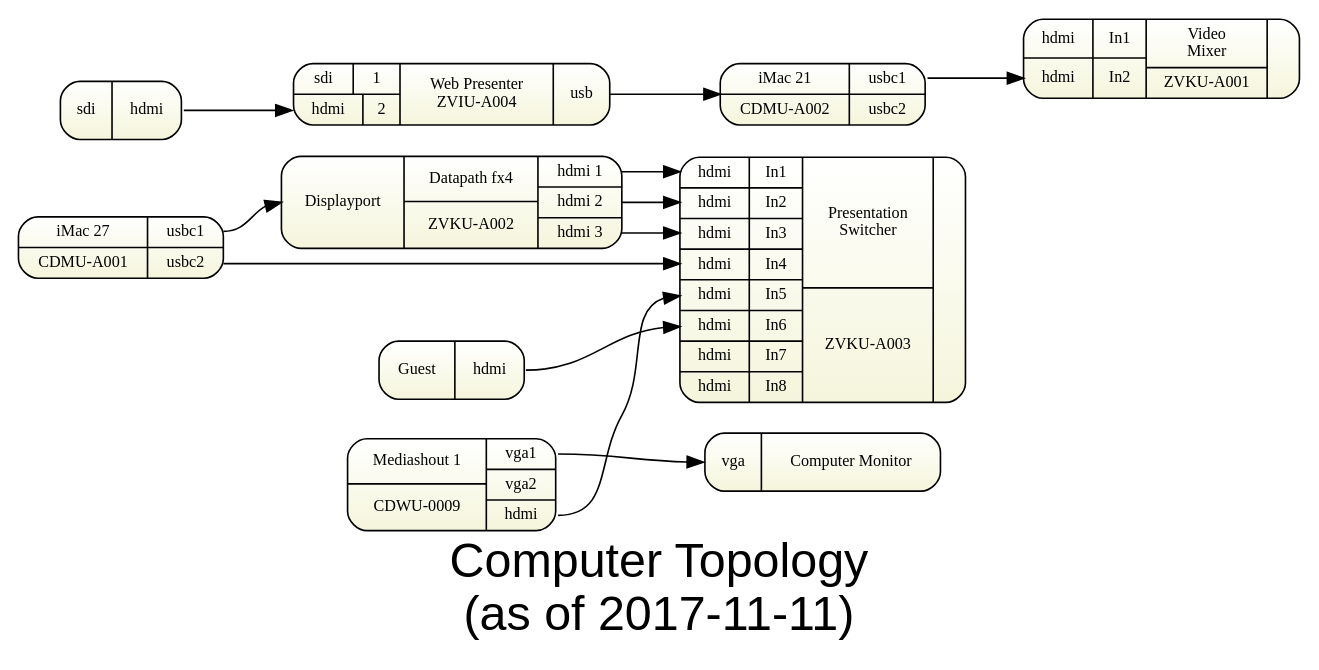
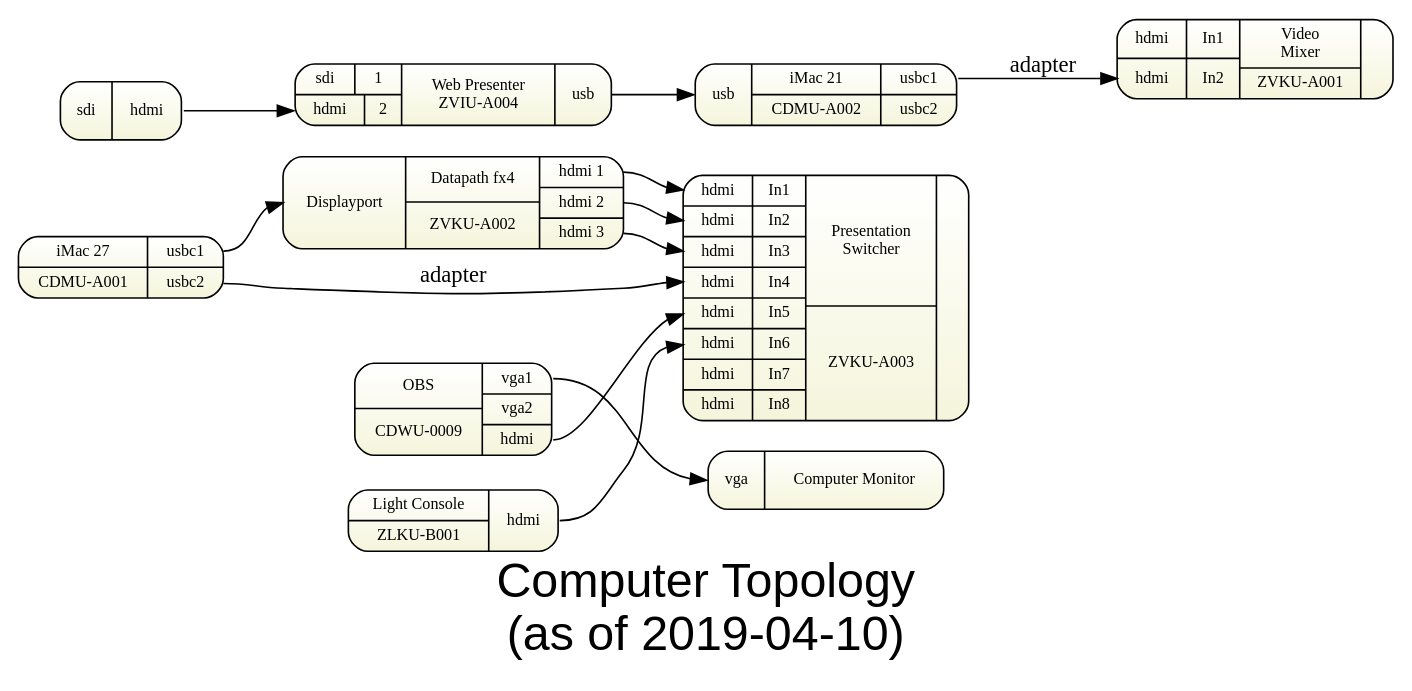
The diagram in sdv-topology1-computer.gv (avmaint/uactechdoc), drawn with Graphviz before and after one commit. The commit also changed 3 other files, not shown here.

```diff
--- a/sdv-topology1-computer.gv
+++ b/sdv-topology1-computer.gv
@@ -1,49 +1,49 @@
 digraph topology1 { 
 graph [overlap = true, fontsize = 30, rankdir=LR 
-      label="Computer Topology\n(as of 2017-11-11)",
+      label="Computer Topology\n(as of 2019-04-10)",
       fontname = Helvetica]
 
 node [shape=Mrecord, tooltip="" , fontsize = 10, 
       fillcolor="white:beige" , style=filled  
       gradientangle=270]
       
 pswitch [label="{
   {{<i1>hdmi|In1}|{<i2>hdmi|In2}|{<i3>hdmi|In3}|{<i4>hdmi|In4}|{<i5>hdmi|In5}|{<i6>hdmi|In6}|{<i7>hdmi|In7}|{<i8>hdmi|In8}}
   |{Presentation\nSwitcher|ZVKU-A003}|
   {  } }"]
   
 rswitch [label="{
   {{<i1>hdmi|In1}|{<i2>hdmi|In2} }
   |{Video\nMixer|ZVKU-A001}|
     }"]  
     
-cdwu0009 [label="{{Mediashout 1|CDWU-0009}|{<vga1>vga1|<vga2>vga2|<hdmi>hdmi}}"]
+cdwu0009 [label="{{OBS|CDWU-0009}|{<vga1>vga1|<vga2>vga2|<hdmi>hdmi}}"]
 cdmua001 [label="{{iMac 27|CDMU-A001}|{<usbc1>usbc1|<usbc2>usbc2}}"]
-cdmua002 [label="{{iMac 21|CDMU-A002}|{<usbc1>usbc1|<usbc2>usbc2}}"]
+cdmua002 [label="{{<usbin>usb}|{iMac 21|CDMU-A002}|{<usbc1>usbc1|<usbc2>usbc2}}"]
 
 wp [label="{{ {<i1>sdi|1 }|{<i2>hdmi|2} }|{Web Presenter \n ZVIU-A004}|{<usb>usb}}"]
 
 s2h [label="{<i>sdi|<o>hdmi}"]
 
 s2h:o -> wp:i2
 
 fx4 [label="{{<dp>Displayport}|{Datapath fx4|ZVKU-A002}|{<o1>hdmi 1|<o2>hdmi 2|<o3>hdmi 3}}"]
 
 fx4:o1 -> pswitch:i1
 fx4:o2 -> pswitch:i2
 fx4:o3 -> pswitch:i3
 
 cdmua001:usbc1 -> fx4:dp  
-cdmua001:usbc2 -> pswitch:i4 
+cdmua001:usbc2 -> pswitch:i4 [label="adapter"]
 
 b1monitor [label="{<i>vga|Computer Monitor}"] 
 
 cdwu0009:hdmi -> pswitch:i5
 cdwu0009:vga1 -> b1monitor:i 
 
-guest [label="{{Guest}|{<hdmi>hdmi }}"]
-guest:hdmi -> pswitch:i6
+zlkub001 [label="{{Light Console|ZLKU-B001}|{<hdmi>hdmi }}"]
+zlkub001:hdmi -> pswitch:i6
 
-wp -> cdmua002 
-cdmua002:usbc1 -> rswitch:i2
+wp -> cdmua002:usbin 
+cdmua002:usbc1 -> rswitch:i2 [ label="adapter" ] 
 } 
```
